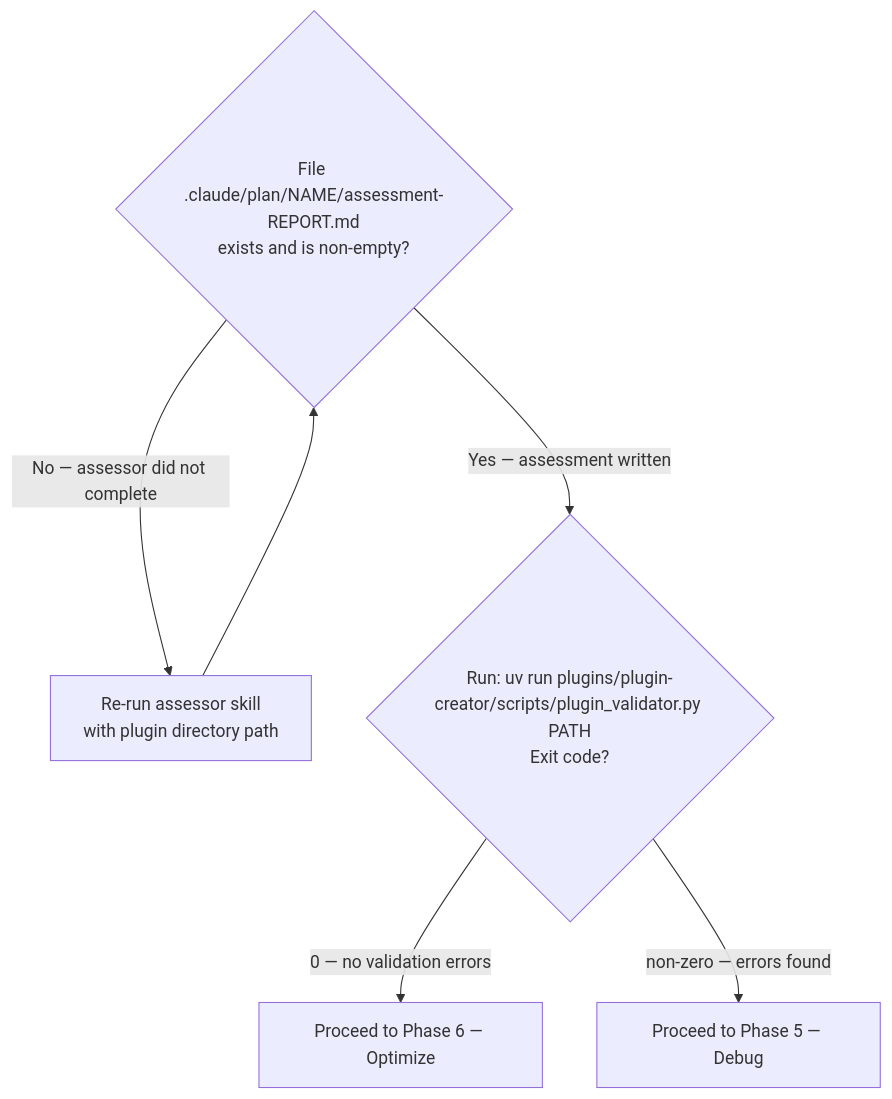
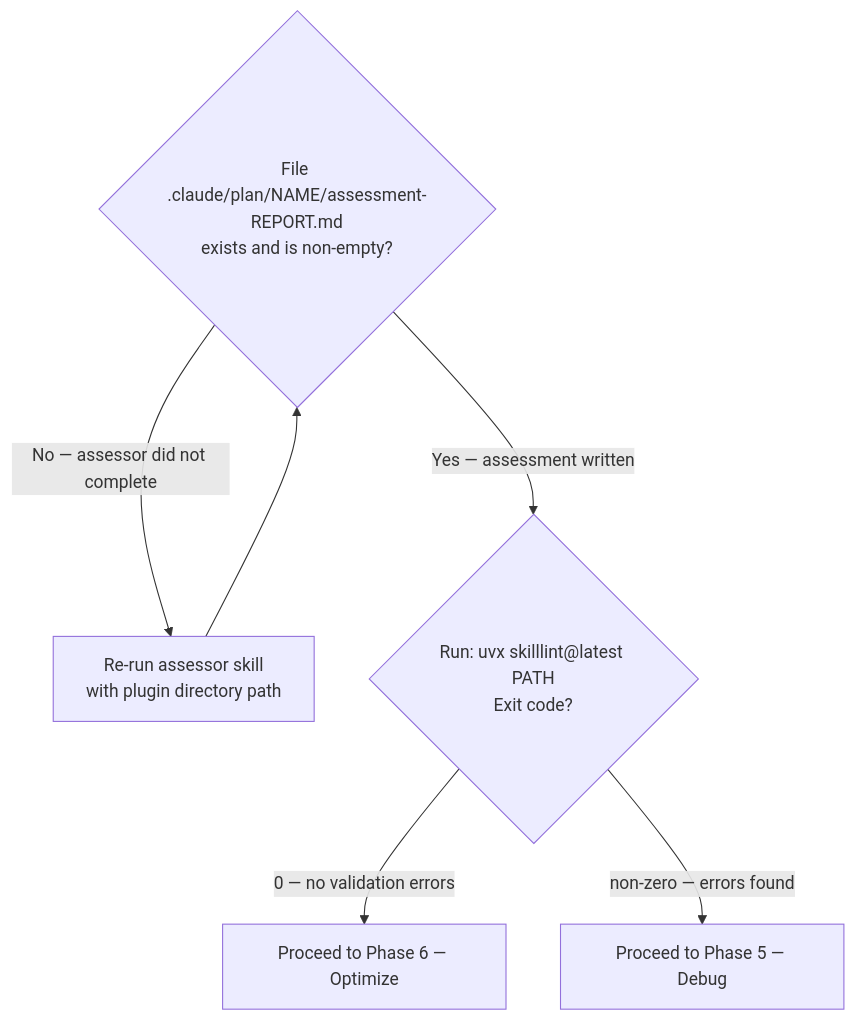
Before and after one commit to chgreer1070/claude_skills: the fourth of 12 diagrams in plugins/plugin-creator/skills/plugin-lifecycle/SKILL.md, drawn with Mermaid. The commit also changed other lines of this file and 48 other files, not shown here.

First line of the commit message:
refactor(migration): replace plugin_validator.py with uvx skilllint@latest

````diff
--- a/plugins/plugin-creator/skills/plugin-lifecycle/SKILL.md
+++ b/plugins/plugin-creator/skills/plugin-lifecycle/SKILL.md
@@ -248,10 +248,10 @@
 ```mermaid
 flowchart TD
     %% Gate 1: assessor output must exist before validator can be meaningful
     AssessFile{"File .claude/plan/NAME/assessment-REPORT.md<br>exists and is non-empty?"}
     AssessFile -->|"No — assessor did not complete"| RetryAssess["Re-run assessor skill<br>with plugin directory path"]
     RetryAssess --> AssessFile
-    AssessFile -->|"Yes — assessment written"| ValidatorGate{"Run: uv run plugins/plugin-creator/scripts/plugin_validator.py PATH<br>Exit code?"}
+    AssessFile -->|"Yes — assessment written"| ValidatorGate{"Run: uvx skilllint@latest PATH<br>Exit code?"}
     ValidatorGate -->|"0 — no validation errors"| Skip["Proceed to Phase 6 — Optimize"]
     ValidatorGate -->|"non-zero — errors found"| Next["Proceed to Phase 5 — Debug"]
 ```
````
